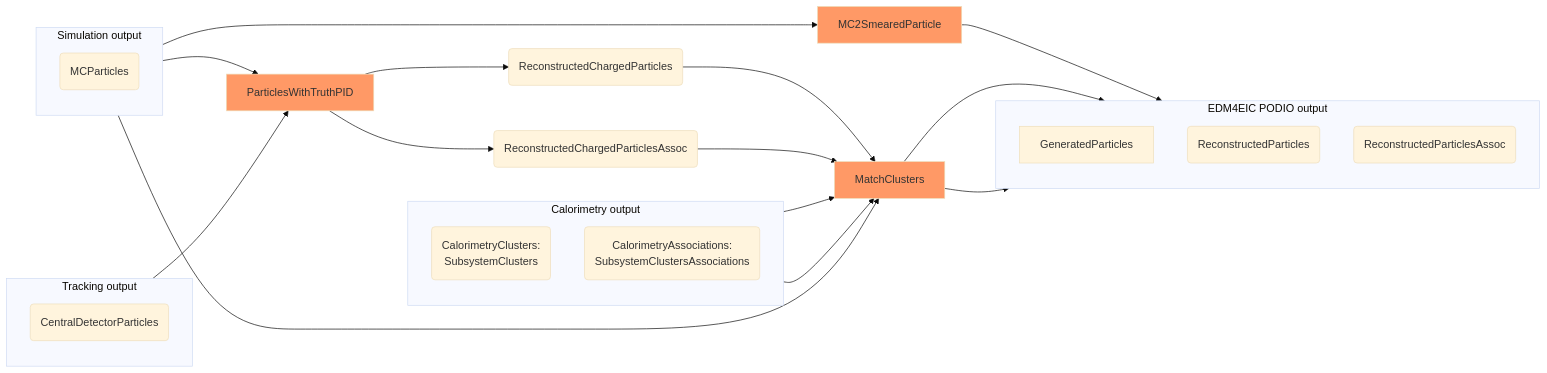
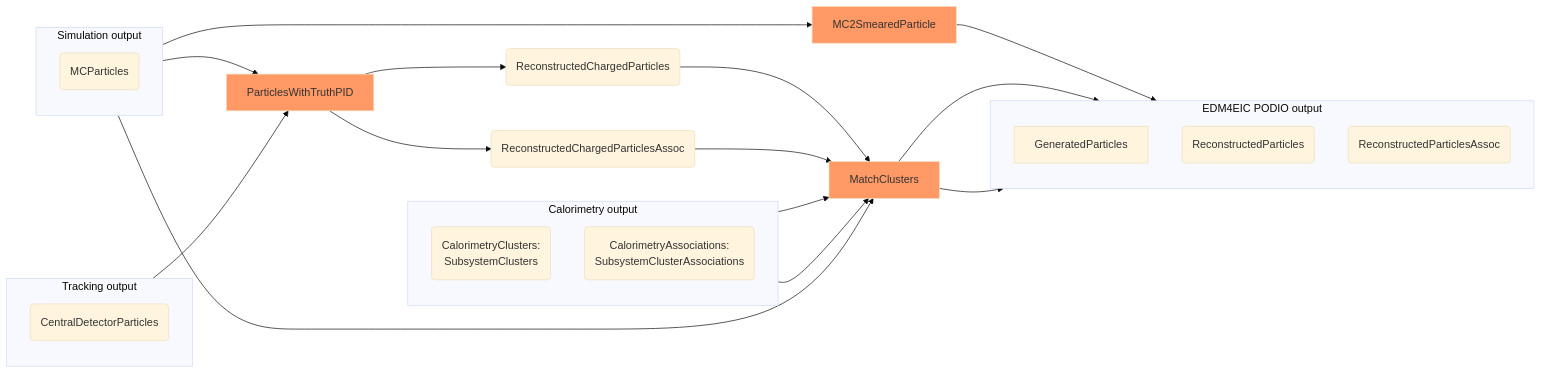
The diagram in docs/design/particle_matching.md (eic/EICrecon), drawn with Mermaid (base theme) before and after one commit. The commit also changed 16 other files, not shown here.

First line of the commit message:
treewide: s/ClustersAssociations/ClusterAssociations/

````diff
--- a/docs/design/particle_matching.md
+++ b/docs/design/particle_matching.md
@@ -4,49 +4,49 @@
 ```mermaid
 flowchart LR
   classDef alg fill:#f96;
 
   subgraph Tracking output
     direction TB
     TrackingOutput(CentralDetectorParticles)
   end
 
   subgraph Simulation output
     direction TB
     MCParticles(MCParticles)
   end
 
   subgraph Calorimetry output
     direction TB
 
     CalorimetryClusters(CalorimetryClusters:<br/>SubsystemClusters)
-    CalorimetryAssociations(CalorimetryAssociations:<br/>SubsystemClustersAssociations)
+    CalorimetryAssociations(CalorimetryAssociations:<br/>SubsystemClusterAssociations)
   end
 
   MCParticles --> MC2SmearedParticle[MC2SmearedParticle]:::alg
   MC2SmearedParticle --> GeneratedParticles
 
   MCParticles --> ParticlesWithTruthPID[ParticlesWithTruthPID]:::alg
   TrackingOutput --> ParticlesWithTruthPID
 
   ParticlesWithTruthPID --> ReconstructedChargedParticles(ReconstructedChargedParticles)
   ParticlesWithTruthPID --> ReconstructedChargedParticlesAssoc(ReconstructedChargedParticlesAssoc)
 
   MCParticles --> MatchClusters[MatchClusters]:::alg
   ReconstructedChargedParticles --> MatchClusters
   ReconstructedChargedParticlesAssoc --> MatchClusters
 
   CalorimetryAssociations --> MatchClusters
   CalorimetryClusters --> MatchClusters
 
   MatchClusters --> ReconstructedParticles(ReconstructedParticles)
   MatchClusters --> ReconstructedParticlesAssoc(ReconstructedParticlesAssoc)
 
   subgraph EDM4EIC PODIO output
     direction TB
 
     ReconstructedParticles
     ReconstructedParticlesAssoc
     GeneratedParticles
   end
 
 ```
````
